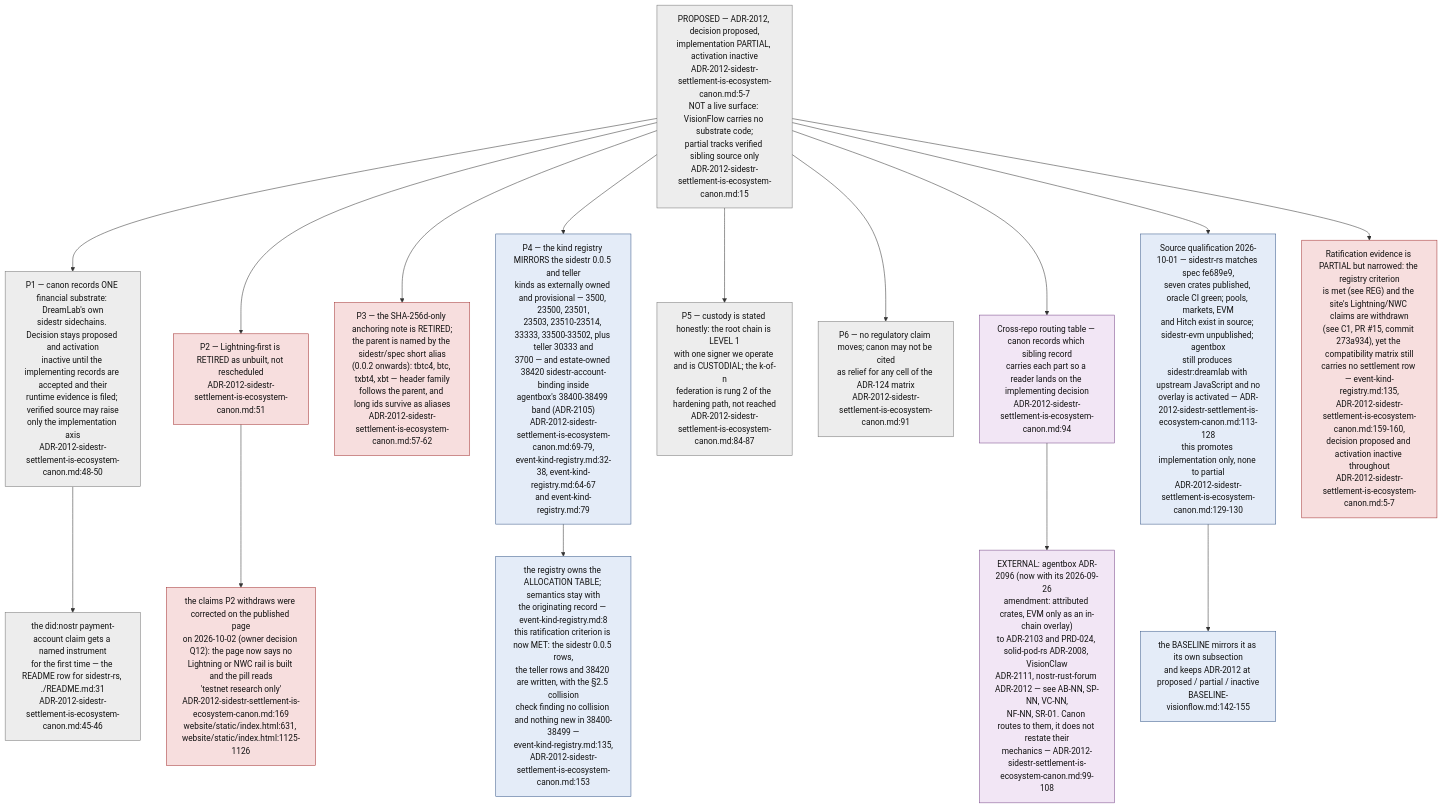
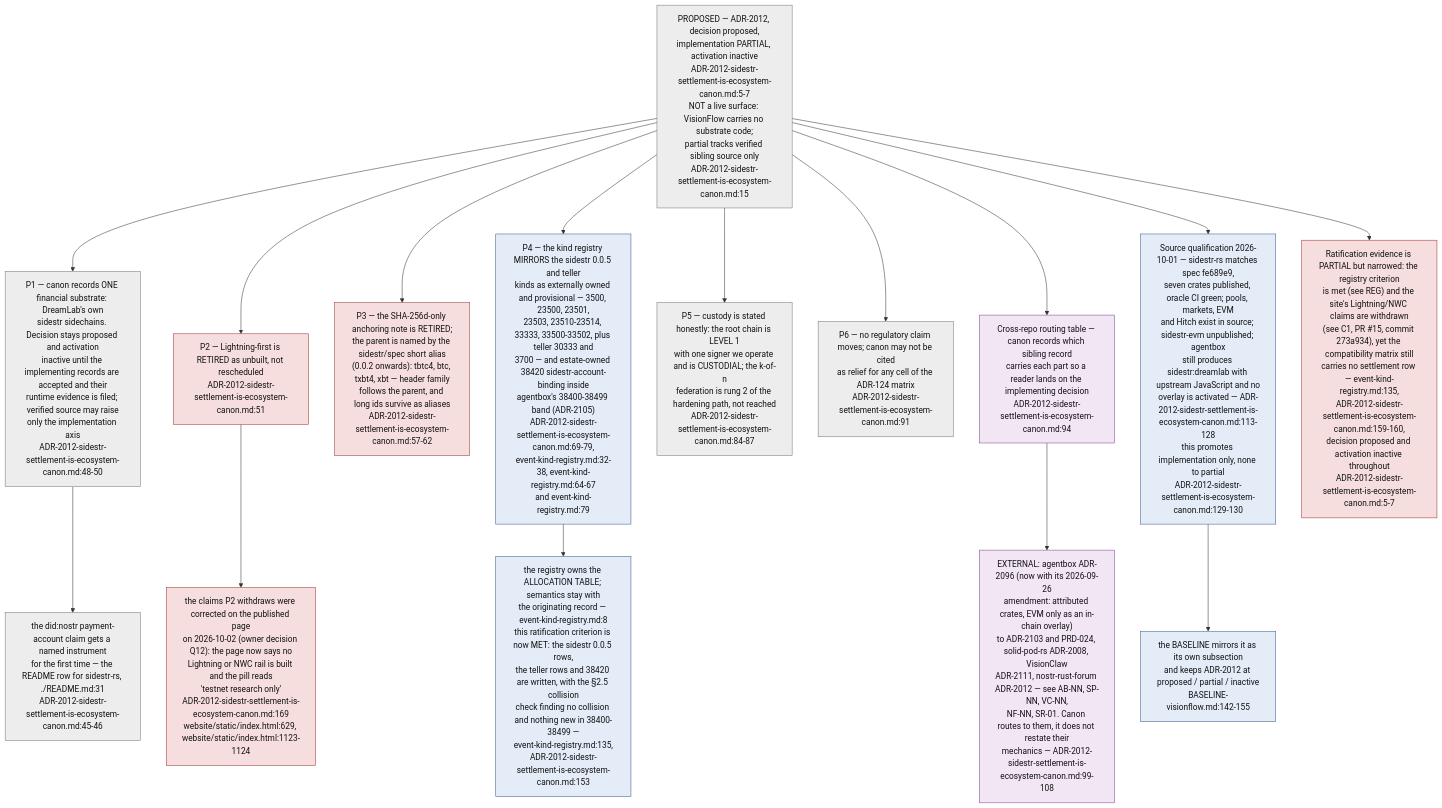
One commit to DreamLab-AI/VisionFlow changed the tenth of 11 diagrams in docs/diagrams/visionflow/01-repo-composition-and-canon.md. Above: the diagram before and after it, drawn with Mermaid. The commit also changed other lines of this file and 7 other files, not shown here.

````diff
--- a/docs/diagrams/visionflow/01-repo-composition-and-canon.md
+++ b/docs/diagrams/visionflow/01-repo-composition-and-canon.md
@@ -399,33 +399,33 @@
 ```mermaid
 flowchart TB
     classDef prop fill:#ededed,stroke:#777,color:#111
     classDef retire fill:#f7dede,stroke:#a33333,color:#111
     classDef ext fill:#f2e6f5,stroke:#7a4a8a,color:#111
     classDef tbl fill:#e4ecf8,stroke:#3a5a8a,color:#111
 
     REC["PROPOSED — ADR-2012, decision proposed,<br/>implementation PARTIAL, activation inactive<br/>ADR-2012-sidestr-settlement-is-ecosystem-canon.md:5-7<br/>NOT a live surface: VisionFlow carries no substrate code;<br/>partial tracks verified sibling source only<br/>ADR-2012-sidestr-settlement-is-ecosystem-canon.md:15"]:::prop
 
     REC --> P1["P1 — canon records ONE financial substrate: DreamLab's own<br/>sidestr sidechains. Decision stays proposed and activation<br/>inactive until the implementing records are accepted and their<br/>runtime evidence is filed; verified source may raise<br/>only the implementation axis<br/>ADR-2012-sidestr-settlement-is-ecosystem-canon.md:48-50"]:::prop
     REC --> P2["P2 — Lightning-first is RETIRED as unbuilt, not rescheduled<br/>ADR-2012-sidestr-settlement-is-ecosystem-canon.md:51"]:::retire
     REC --> P3["P3 — the SHA-256d-only anchoring note is RETIRED;<br/>the parent is named by the sidestr/spec short alias<br/>(0.0.2 onwards): tbtc4, btc, txbt4, xbt — header family<br/>follows the parent, and long ids survive as aliases<br/>ADR-2012-sidestr-settlement-is-ecosystem-canon.md:57-62"]:::retire
     REC --> P4["P4 — the kind registry MIRRORS the sidestr 0.0.5 and teller<br/>kinds as externally owned and provisional — 3500, 23500, 23501,<br/>23503, 23510-23514, 33333, 33500-33502, plus teller 30333 and<br/>3700 — and estate-owned 38420 sidestr-account-binding inside<br/>agentbox's 38400-38499 band (ADR-2105)<br/>ADR-2012-sidestr-settlement-is-ecosystem-canon.md:69-79,<br/>event-kind-registry.md:32-38, event-kind-registry.md:64-67<br/>and event-kind-registry.md:79"]:::tbl
     REC --> P5["P5 — custody is stated honestly: the root chain is LEVEL 1<br/>with one signer we operate and is CUSTODIAL; the k-of-n<br/>federation is rung 2 of the hardening path, not reached<br/>ADR-2012-sidestr-settlement-is-ecosystem-canon.md:84-87"]:::prop
     REC --> P6["P6 — no regulatory claim moves; canon may not be cited<br/>as relief for any cell of the ADR-124 matrix<br/>ADR-2012-sidestr-settlement-is-ecosystem-canon.md:91"]:::prop
 
-    P2 --> C1["the claims P2 withdraws were corrected on the published page<br/>on 2026-10-02 (owner decision Q12): the page now says no<br/>Lightning or NWC rail is built and the pill reads<br/>'testnet research only'<br/>ADR-2012-sidestr-settlement-is-ecosystem-canon.md:169<br/>website/static/index.html:631, website/static/index.html:1125-1126"]:::retire
+    P2 --> C1["the claims P2 withdraws were corrected on the published page<br/>on 2026-10-02 (owner decision Q12): the page now says no<br/>Lightning or NWC rail is built and the pill reads<br/>'testnet research only'<br/>ADR-2012-sidestr-settlement-is-ecosystem-canon.md:169<br/>website/static/index.html:629, website/static/index.html:1123-1124"]:::retire
     P1 --> C2["the did:nostr payment-account claim gets a named instrument<br/>for the first time — the README row for sidestr-rs, ./README.md:31<br/>ADR-2012-sidestr-settlement-is-ecosystem-canon.md:45-46"]:::prop
 
     P4 --> REG["the registry owns the ALLOCATION TABLE; semantics stay with<br/>the originating record — event-kind-registry.md:8<br/>this ratification criterion is now MET: the sidestr 0.0.5 rows,<br/>the teller rows and 38420 are written, with the §2.5 collision<br/>check finding no collision and nothing new in 38400-38499 —<br/>event-kind-registry.md:135,<br/>ADR-2012-sidestr-settlement-is-ecosystem-canon.md:153"]:::tbl
 
     ROUTE["Cross-repo routing table — canon records which sibling record<br/>carries each part so a reader lands on the implementing decision<br/>ADR-2012-sidestr-settlement-is-ecosystem-canon.md:94"]:::ext
     REC --> ROUTE
     ROUTE --> EXT1["EXTERNAL: agentbox ADR-2096 (now with its 2026-09-26<br/>amendment: attributed crates, EVM only as an in-chain overlay)<br/>to ADR-2103 and PRD-024, solid-pod-rs ADR-2008, VisionClaw<br/>ADR-2111, nostr-rust-forum ADR-2012 — see AB-NN, SP-NN, VC-NN,<br/>NF-NN, SR-01. Canon routes to them, it does not restate their<br/>mechanics — ADR-2012-sidestr-settlement-is-ecosystem-canon.md:99-108"]:::ext
 
     QUAL["Source qualification 2026-10-01 — sidestr-rs matches spec fe689e9,<br/>seven crates published, oracle CI green; pools, markets, EVM<br/>and Hitch exist in source; sidestr-evm unpublished; agentbox<br/>still produces sidestr:dreamlab with upstream JavaScript and no<br/>overlay is activated — ADR-2012-sidestr-settlement-is-ecosystem-canon.md:113-128<br/>this promotes implementation only, none to partial<br/>ADR-2012-sidestr-settlement-is-ecosystem-canon.md:129-130"]:::tbl
     REC --> QUAL
     BASEL["the BASELINE mirrors it as its own subsection<br/>and keeps ADR-2012 at proposed / partial / inactive<br/>BASELINE-visionflow.md:142-155"]:::tbl
     QUAL --> BASEL
 
     VER["Ratification evidence is PARTIAL but narrowed: the registry criterion<br/>is met (see REG) and the site's Lightning/NWC claims are withdrawn<br/>(see C1, PR #15, commit 273a934), yet the compatibility matrix still<br/>carries no settlement row — event-kind-registry.md:135,<br/>ADR-2012-sidestr-settlement-is-ecosystem-canon.md:159-160,<br/>decision proposed and activation inactive throughout<br/>ADR-2012-sidestr-settlement-is-ecosystem-canon.md:5-7"]:::retire
     REC --> VER
 ```
````
